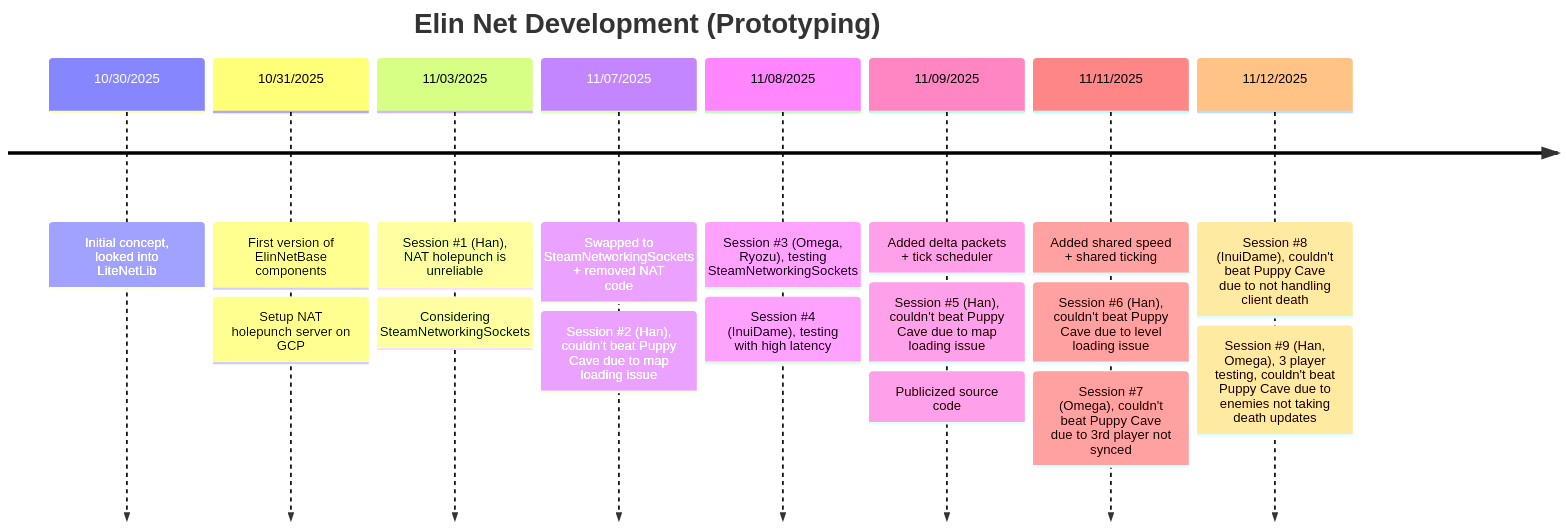
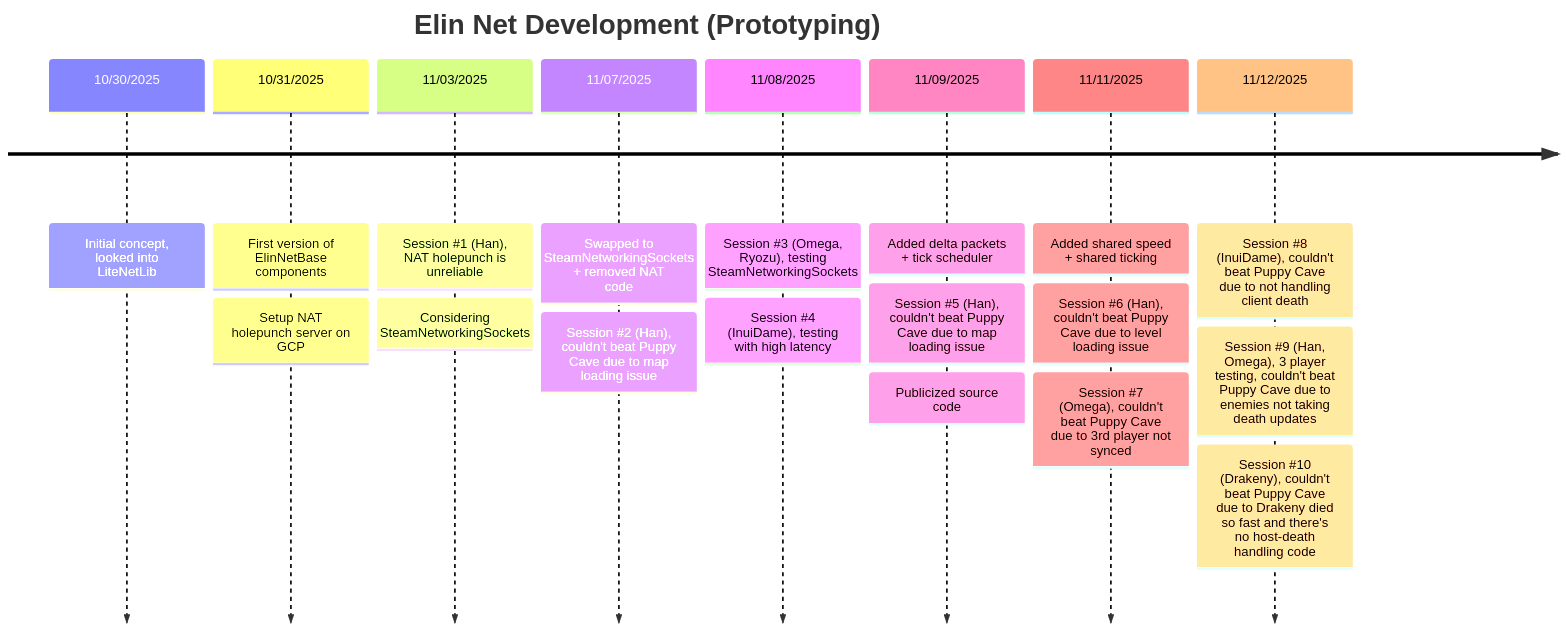
The diagram in ElinTogether/README.md (gottyduke/Elin.Plugins), drawn with Mermaid before and after one commit. The commit also changed 7 other files, not shown here.

````diff
--- a/ElinTogether/README.md
+++ b/ElinTogether/README.md
@@ -7,21 +7,22 @@
 ```mermaid
 timeline
     title Elin Net Development (Prototyping)
     10/30/2025 : Initial concept, looked into LiteNetLib
     10/31/2025 : First version of ElinNetBase components
     : Setup NAT holepunch server on GCP
     11/03/2025 : Session #1 (Han), NAT holepunch is unreliable
     : Considering SteamNetworkingSockets
     11/07/2025 : Swapped to SteamNetworkingSockets + removed NAT code
     : Session #2 (Han), couldn't beat Puppy Cave due to map loading issue
     11/08/2025 : Session #3 (Omega, Ryozu), testing SteamNetworkingSockets
     : Session #4 (InuiDame), testing with high latency
     11/09/2025 : Added delta packets + tick scheduler
     : Session #5 (Han), couldn't beat Puppy Cave due to map loading issue
     : Publicized source code
     11/11/2025 : Added shared speed + shared ticking
     : Session #6 (Han), couldn't beat Puppy Cave due to level loading issue
     : Session #7 (Omega), couldn't beat Puppy Cave due to 3rd player not synced
     11/12/2025 : Session #8 (InuiDame), couldn't beat Puppy Cave due to not handling client death
     : Session #9 (Han, Omega), 3 player testing, couldn't beat Puppy Cave due to enemies not taking death updates
+    : Session #10 (Drakeny), couldn't beat Puppy Cave due to Drakeny died so fast and there's no host-death handling code
 ```
````
